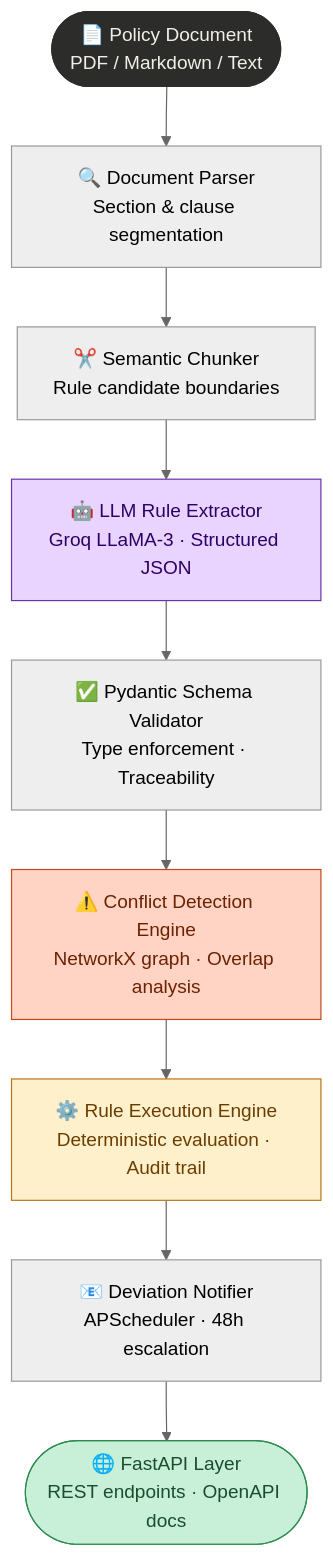
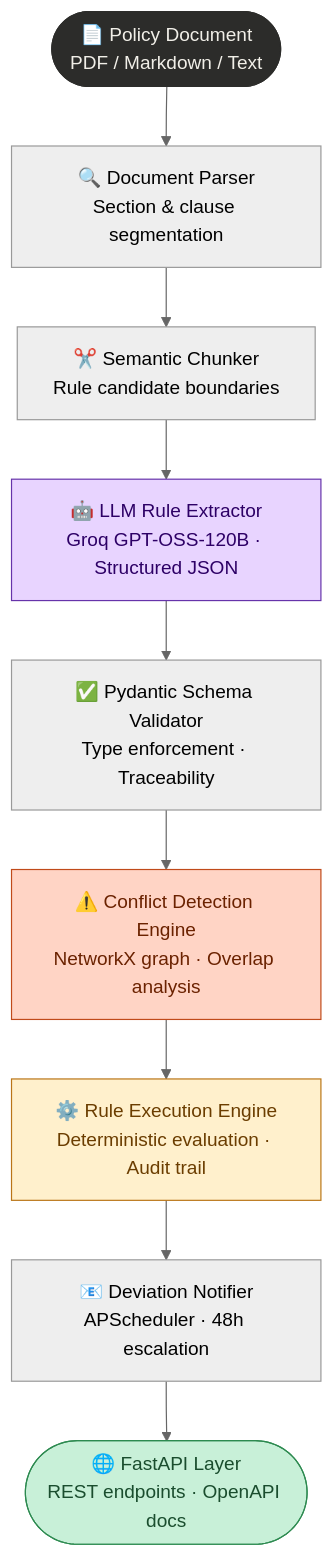
Before and after one commit to shazam37/ap-policy-engine: the first of 2 diagrams in README.md, drawn with Mermaid (neutral theme). The commit also changed other lines of this file, not shown here.

````diff
--- a/README.md
+++ b/README.md
@@ -9,18 +9,18 @@
 ```mermaid
 flowchart TD
     A([📄 Policy Document\nPDF / Markdown / Text]) --> B
     B[🔍 Document Parser\nSection & clause segmentation] --> C
     C[✂️ Semantic Chunker\nRule candidate boundaries] --> D
-    D[🤖 LLM Rule Extractor\nGroq LLaMA-3 · Structured JSON] --> E
+    D[🤖 LLM Rule Extractor\nGroq GPT-OSS-120B · Structured JSON] --> E
     E[✅ Pydantic Schema Validator\nType enforcement · Traceability] --> F
     F[⚠️ Conflict Detection Engine\nNetworkX graph · Overlap analysis] --> G
     G[⚙️ Rule Execution Engine\nDeterministic evaluation · Audit trail] --> H
     H[📧 Deviation Notifier\nAPScheduler · 48h escalation] --> I
     I([🌐 FastAPI Layer\nREST endpoints · OpenAPI docs])
 
     style A fill:#2C2C2A,stroke:#2C2C2A,color:#F1EFE8
     style D fill:#E8D4FF,stroke:#6633AA,color:#2D0066
     style F fill:#FFD4C5,stroke:#C04A1A,color:#6B2200
     style G fill:#FFF0CC,stroke:#BA7517,color:#6B3D00
     style I fill:#C8F0D8,stroke:#2D8A50,color:#1A4D2E
 ```
````
